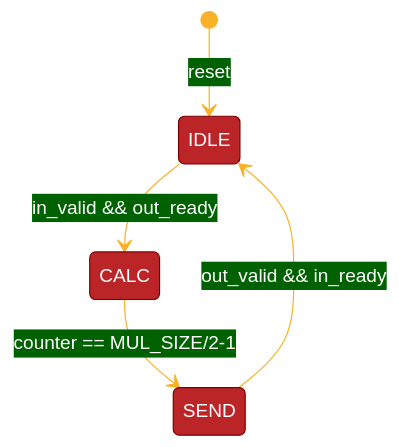
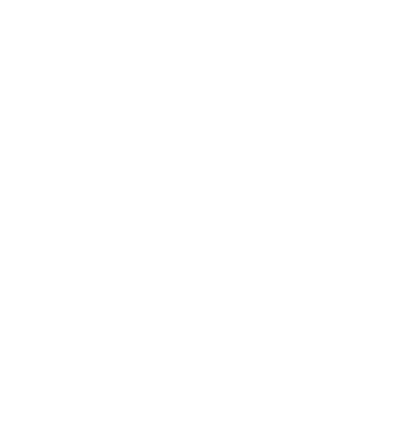
The diagram in Lab_3/Booth4_multiplier/README.md (EsaLongs/EESM6000C_CL), drawn with Mermaid before and after one commit.

````diff
--- a/Lab_3/Booth4_multiplier/README.md
+++ b/Lab_3/Booth4_multiplier/README.md
@@ -10,22 +10,23 @@
 ```mermaid
 
 %%{
   init: {
     'theme': 'base',
     'themeVariables': {
-      'primaryColor': '#BB2528',
-      'primaryTextColor': '#fff',
-      'primaryBorderColor': '#7C0000',
-      'lineColor': '#F8B229',
-      'secondaryColor': '#006100',
-      'tertiaryColor': '#fff'
+      'primaryColor': '#ffffff',
+      'mermaid-container': "#ffffff",
+      'primaryTextColor': '#ffffff',
+      'primaryBorderColor': '#ffffff',
+      'lineColor': '#ffffff',
+      'secondaryColor': '#ffffff',
+      'tertiaryColor': '#ffffff'
     }
   }
 }%%
 
 stateDiagram-v2
     [*] --> IDLE : reset
     IDLE --> CALC : in_valid && out_ready
     CALC --> SEND : counter == MUL_SIZE/2-1
     SEND --> IDLE : out_valid && in_ready
 ```
````
